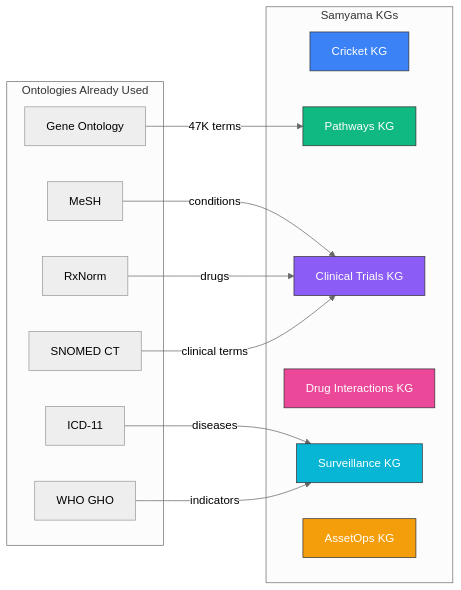
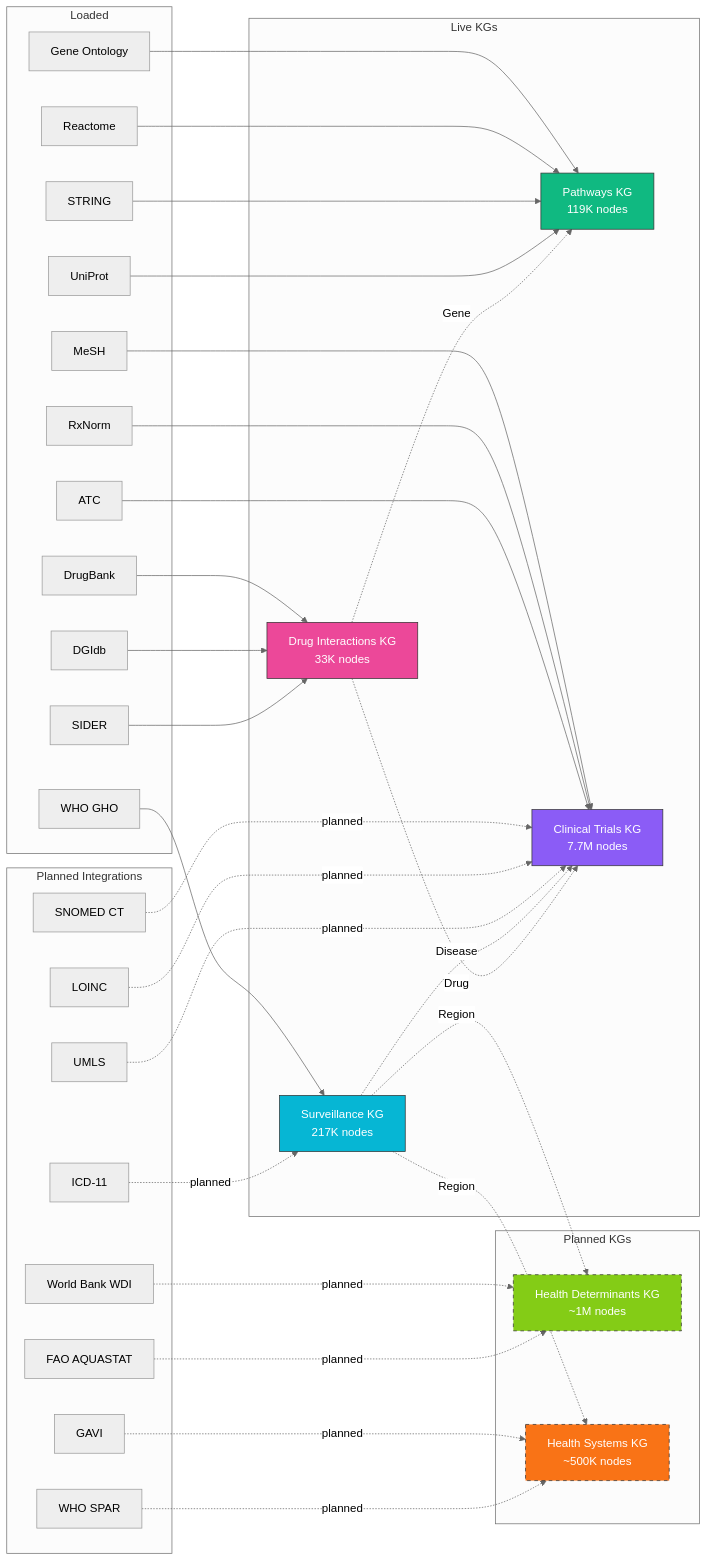
Before and after one commit to samyama-ai/samyama-graph-book: the second of 2 diagrams in src/ontology_catalog.md, drawn with Mermaid (neutral theme). The commit also changed other lines of this file, not shown here.

Commit message:
Fix ontology-KG mapping: two diagrams (current state vs logical)
Current State diagram shows only code-verified integrations (14 sources
actually loaded via API/download). Logical Map shows full vision including
planned KGs (Health Determinants, Health Systems) and aspirational
ontologies (SNOMED CT, ICD-11, LOINC, UMLS). Table lists 8 not-yet-loaded
ontologies with gap status.

````diff
--- a/src/ontology_catalog.md
+++ b/src/ontology_catalog.md
@@ -233,34 +284,73 @@
 ```mermaid
 graph LR
-    subgraph "Samyama KGs"
-        CKG["Cricket KG"]
-        PKG["Pathways KG"]
-        CTKG["Clinical Trials KG"]
-        DIKG["Drug Interactions KG"]
-        DSKG["Surveillance KG"]
-        AOKG["AssetOps KG"]
+    subgraph "Live KGs"
+        PKG["Pathways KG<br/>119K nodes"]
+        CTKG["Clinical Trials KG<br/>7.7M nodes"]
+        DIKG["Drug Interactions KG<br/>33K nodes"]
+        DSKG["Surveillance KG<br/>217K nodes"]
     end
 
-    subgraph "Ontologies Already Used"
+    subgraph "Planned KGs"
+        HDKG["Health Determinants KG<br/>~1M nodes"]
+        HSKG["Health Systems KG<br/>~500K nodes"]
+    end
+
+    subgraph "Loaded"
         GO["Gene Ontology"]
+        Reactome["Reactome"]
+        STRING["STRING"]
+        UniProt["UniProt"]
         MeSH["MeSH"]
         RxNorm["RxNorm"]
-        ICD["ICD-11"]
-        SNOMED["SNOMED CT"]
+        ATC["ATC"]
+        DrugBank["DrugBank"]
+        DGIdb["DGIdb"]
+        SIDER["SIDER"]
         GHO["WHO GHO"]
     end
 
-    GO -->|"47K terms"| PKG
-    MeSH -->|"conditions"| CTKG
-    RxNorm -->|"drugs"| CTKG
-    ICD -->|"diseases"| DSKG
-    SNOMED -->|"clinical terms"| CTKG
-    GHO -->|"indicators"| DSKG
+    subgraph "Planned Integrations"
+        SNOMED["SNOMED CT"]
+        ICD["ICD-11"]
+        LOINC["LOINC"]
+        UMLS["UMLS"]
+        WDI["World Bank WDI"]
+        AQUASTAT["FAO AQUASTAT"]
+        GAVI["GAVI"]
+        SPAR["WHO SPAR"]
+    end
 
-    style CKG fill:#3b82f6,stroke:#333,color:#fff
+    GO --> PKG
+    Reactome --> PKG
+    STRING --> PKG
+    UniProt --> PKG
+    MeSH --> CTKG
+    RxNorm --> CTKG
+    ATC --> CTKG
+    DrugBank --> DIKG
+    DGIdb --> DIKG
+    SIDER --> DIKG
+    GHO --> DSKG
+
+    SNOMED -.->|"planned"| CTKG
+    ICD -.->|"planned"| DSKG
+    LOINC -.->|"planned"| CTKG
+    UMLS -.->|"planned"| CTKG
+    WDI -.->|"planned"| HDKG
+    AQUASTAT -.->|"planned"| HDKG
+    GAVI -.->|"planned"| HSKG
+    SPAR -.->|"planned"| HSKG
+
+    DSKG -.->|"Region"| HDKG
+    DSKG -.->|"Region"| HSKG
+    DSKG -.->|"Disease"| CTKG
+    DIKG -.->|"Gene"| PKG
+    DIKG -.->|"Drug"| CTKG
+
     style PKG fill:#10b981,stroke:#333,color:#fff
     style CTKG fill:#8b5cf6,stroke:#333,color:#fff
     style DIKG fill:#ec4899,stroke:#333,color:#fff
     style DSKG fill:#06b6d4,stroke:#333,color:#fff
-    style AOKG fill:#f59e0b,stroke:#333,color:#fff
+    style HDKG fill:#84cc16,stroke:#333,color:#fff,stroke-dasharray: 5 5
+    style HSKG fill:#f97316,stroke:#333,color:#fff,stroke-dasharray: 5 5
 ```
````
